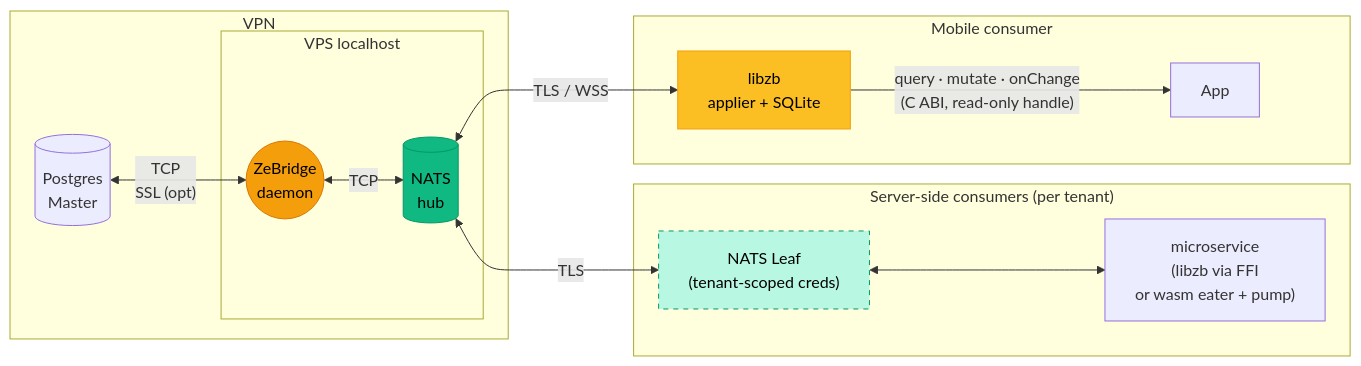
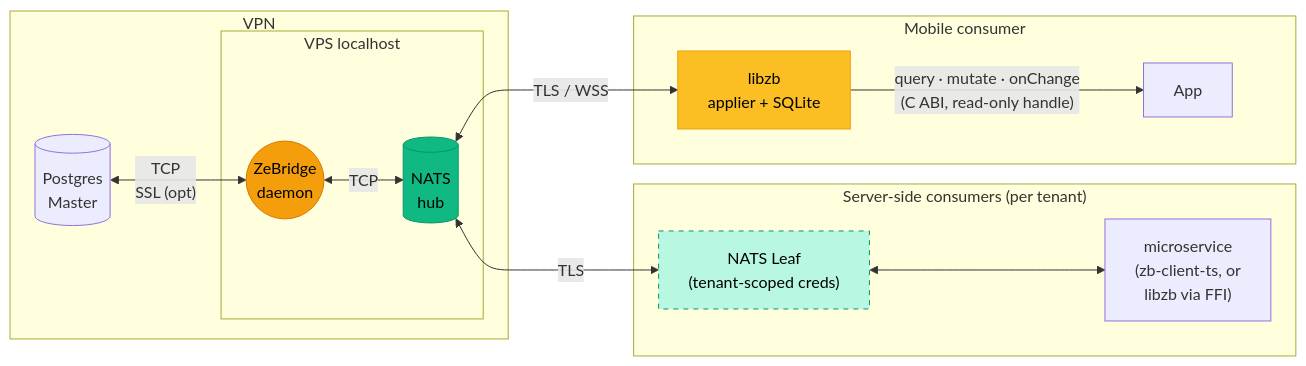
Before and after one commit to ndrean/ZeBridge: the first of 2 diagrams in README.md, drawn with Mermaid. The commit also changed other lines of this file and 7 other files, not shown here.

````diff
--- a/README.md
+++ b/README.md
@@ -61,31 +62,31 @@
 ```mermaid
 flowchart LR
      subgraph VPN["VPN"]
         PG[("Postgres<br>Master")]
         subgraph Localhost ["VPS localhost"]
             Bridge(("ZeBridge <br> daemon"))
             NATS[("NATS <br>hub")]
         end
         PG <-- "TCP<br>SSL (opt)" --> Bridge
         Bridge <--> |"TCP"| NATS
     end
 
     NATS <-- "TLS" --> NATS_L
     NATS <-- "TLS / WSS" --> Lib
 
 
      subgraph Edge["Server-side consumers (per tenant)"]
         NATS_L["NATS Leaf<br>(tenant-scoped creds)"]
-        NATS_L <--> Svc["microservice<br>(libzb via FFI<br>or wasm eater + pump)"]
+        NATS_L <--> Svc["microservice<br>(zb-client-ts, or<br>libzb via FFI)"]
     end
 
     subgraph Mobile["Mobile consumer"]
         Lib["libzb<br>applier + SQLite"]
         Lib -- "query · mutate · onChange<br>(C ABI, read-only handle)" --> App["App"]
     end
 
     style Bridge fill:#f59e0b,stroke:#d97706,color:#000
     style Lib fill:#fbbf24,stroke:#f59e0b,color:#000
     style NATS fill:#10b981,stroke:#059669,color:#000
     style NATS_L fill:#b8f8e3,stroke:#059669,stroke-dasharray:5 5,color:#000
 ```
````
